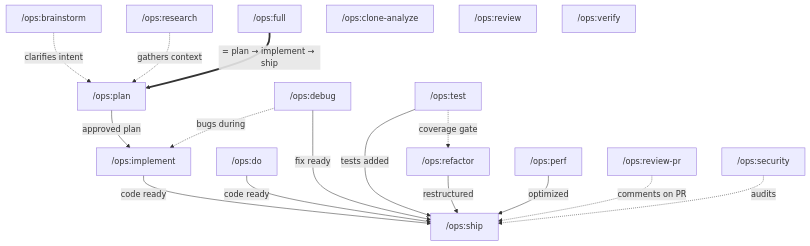
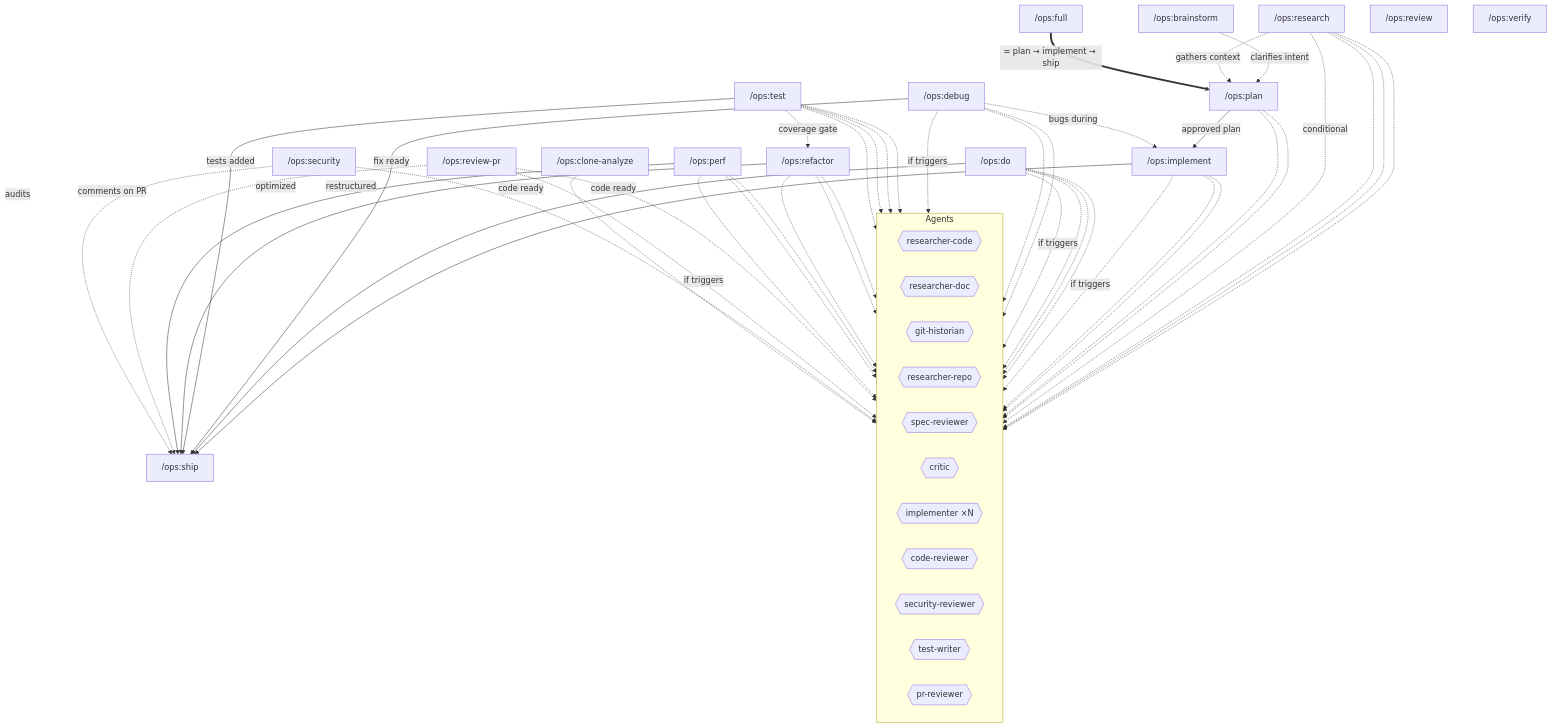
Before and after one commit to gigi206/ops: the diagram in README.md, drawn with Mermaid. The commit also changed other lines of this file, not shown here.

Commit message:
docs: add agent dispatch layer to workflow diagram
Show all 11 agents as hexagonal nodes in a subgraph, with dispatch
arrows from each skill to its agents (including conditional triggers).

````diff
--- a/README.md
+++ b/README.md
@@ -37,37 +37,67 @@
 ```mermaid
 flowchart TD
-    %% Pre-work
+    %% ─── Pre-work ───
     brainstorm["/ops:brainstorm"] -.->|clarifies intent| plan
     research["/ops:research"] -.->|gathers context| plan
 
-    %% Main pipeline
+    %% ─── Main pipeline ───
     plan["/ops:plan"] -->|approved plan| implement["/ops:implement"]
     implement -->|code ready| ship["/ops:ship"]
 
-    %% Full chains the main pipeline
+    %% ─── Full chains the main pipeline ───
     full["/ops:full"] ==>|"= plan → implement → ship"| plan
 
-    %% Lightweight alternative
+    %% ─── Alternatives ───
     do["/ops:do"] -->|code ready| ship
-
-    %% Bug fixing
     debug["/ops:debug"] -->|fix ready| ship
     debug -.->|bugs during| implement
 
-    %% Testing & refactoring
+    %% ─── Testing, refactoring, perf ───
     test["/ops:test"] -->|tests added| ship
     test -.->|coverage gate| refactor
     refactor["/ops:refactor"] -->|restructured| ship
-
-    %% Performance
     perf["/ops:perf"] -->|optimized| ship
 
-    %% Reviews & audits
+    %% ─── Reviews & audits ───
     review-pr["/ops:review-pr"] -.->|comments on PR| ship
     security["/ops:security"] -.->|audits| ship
 
-    %% Always active or standalone (no edges — behavioral or independent)
+    %% ─── Standalone (no workflow edges) ───
     clone-analyze["/ops:clone-analyze"]
     review["/ops:review"]
     verify["/ops:verify"]
+
+    %% ─── Agents ───
+    subgraph agents[" Agents "]
+        direction LR
+        rc{{"researcher-code"}}
+        rd{{"researcher-doc"}}
+        gh{{"git-historian"}}
+        rr{{"researcher-repo"}}
+        sr{{"spec-reviewer"}}
+        cr{{"critic"}}
+        imp{{"implementer ×N"}}
+        codrev{{"code-reviewer"}}
+        secrev{{"security-reviewer"}}
+        tw{{"test-writer"}}
+        prrev{{"pr-reviewer"}}
+    end
+
+    %% ─── Agent dispatch ───
+    research -.-> rc & rd & gh
+    research -.->|conditional| rr
+    plan -.-> sr & cr
+    implement -.-> imp & codrev
+    implement -.->|if triggers| secrev
+    do -.-> rc & rd & codrev
+    do -.->|if triggers| secrev
+    debug -.-> gh & codrev
+    debug -.->|if triggers| secrev
+    test -.-> rc & rd & tw & codrev
+    refactor -.-> rc & rd & codrev
+    perf -.-> rc & rd & codrev
+    review-pr -.-> prrev
+    review-pr -.->|if triggers| secrev
+    security -.-> secrev
+    clone-analyze -.-> rr
 ```
````
